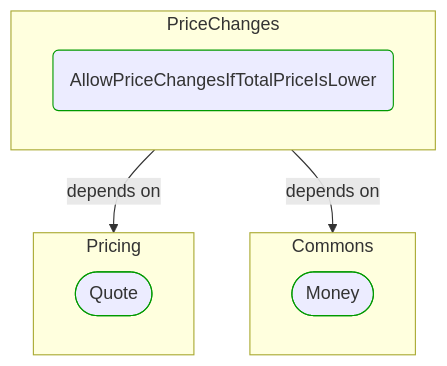
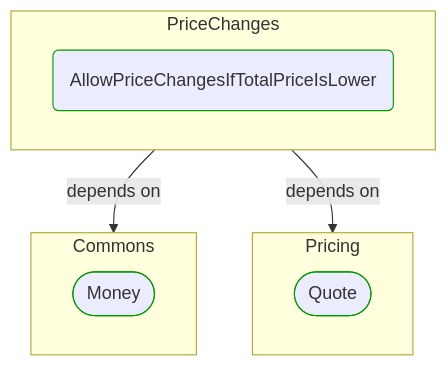
Before and after one commit to itlibrium/DDD-starter-dotnet: the diagram in Docs/P3/MermaidOutput/BuildingBlocks/Sales/Orders/PriceChanges/AllowPriceChangesIfTotalPriceIsLower.md, drawn with Mermaid. The commit also changed 78 other files, not shown here.

````diff
--- a/Docs/P3/MermaidOutput/BuildingBlocks/Sales/Orders/PriceChanges/AllowPriceChangesIfTotalPriceIsLower.md
+++ b/Docs/P3/MermaidOutput/BuildingBlocks/Sales/Orders/PriceChanges/AllowPriceChangesIfTotalPriceIsLower.md
@@ -18,20 +18,20 @@
 ```mermaid
   flowchart TB
     subgraph 0["PriceChanges"]
       1(AllowPriceChangesIfTotalPriceIsLower)
       class 1 DomainPerspective
     end
-    subgraph 2["Pricing"]
-      3([Quote])
+    subgraph 2["Commons"]
+      3([Money])
       class 3 DomainPerspective
     end
-    subgraph 4["Commons"]
-      5([Money])
+    subgraph 4["Pricing"]
+      5([Quote])
       class 5 DomainPerspective
     end
     0-->|depends on|2
     0-->|depends on|4
     classDef DomainPerspective stroke:#009900
     classDef TechnologyPerspective stroke:#1F41EB
     classDef PeoplePerspective stroke:#FFF014
 ```
````
